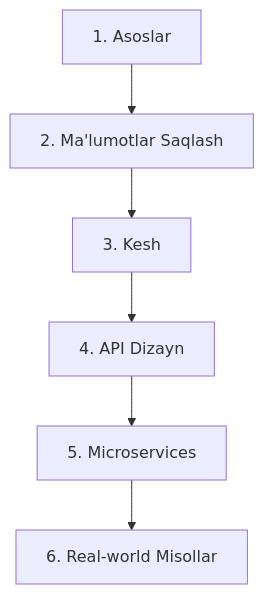
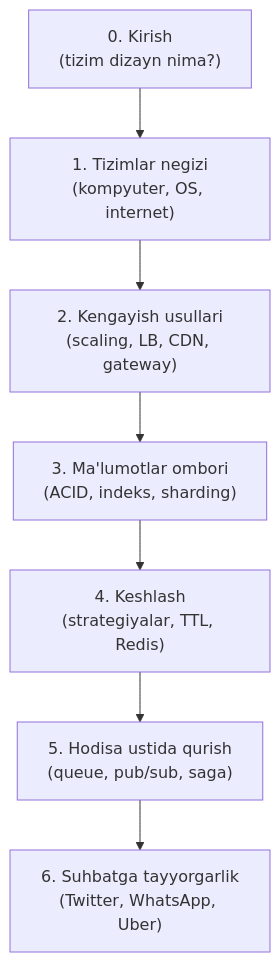
One commit to Otajonoov/dev changed the first of 2 diagrams in System Design/README.md. Above: the diagram before and after it, drawn with Mermaid. The commit also changed other lines of this file and 377 other files, not shown here.

````diff
--- a/System Design/README.md
+++ b/System Design/README.md
@@ -9,8 +9,9 @@
 ```mermaid
 flowchart TD
-    A[1. Asoslar] --> B[2. Ma'lumotlar Saqlash]
-    B --> C[3. Kesh]
-    C --> D[4. API Dizayn]
-    D --> E[5. Microservices]
-    E --> F[6. Real-world Misollar]
+    Z["0. Kirish<br/>(tizim dizayn nima?)"] --> A["1. Tizimlar negizi<br/>(kompyuter, OS, internet)"]
+    A --> B["2. Kengayish usullari<br/>(scaling, LB, CDN, gateway)"]
+    B --> C["3. Ma'lumotlar ombori<br/>(ACID, indeks, sharding)"]
+    C --> D["4. Keshlash<br/>(strategiyalar, TTL, Redis)"]
+    D --> E["5. Hodisa ustida qurish<br/>(queue, pub/sub, saga)"]
+    E --> F["6. Suhbatga tayyorgarlik<br/>(Twitter, WhatsApp, Uber)"]
 ```
````
